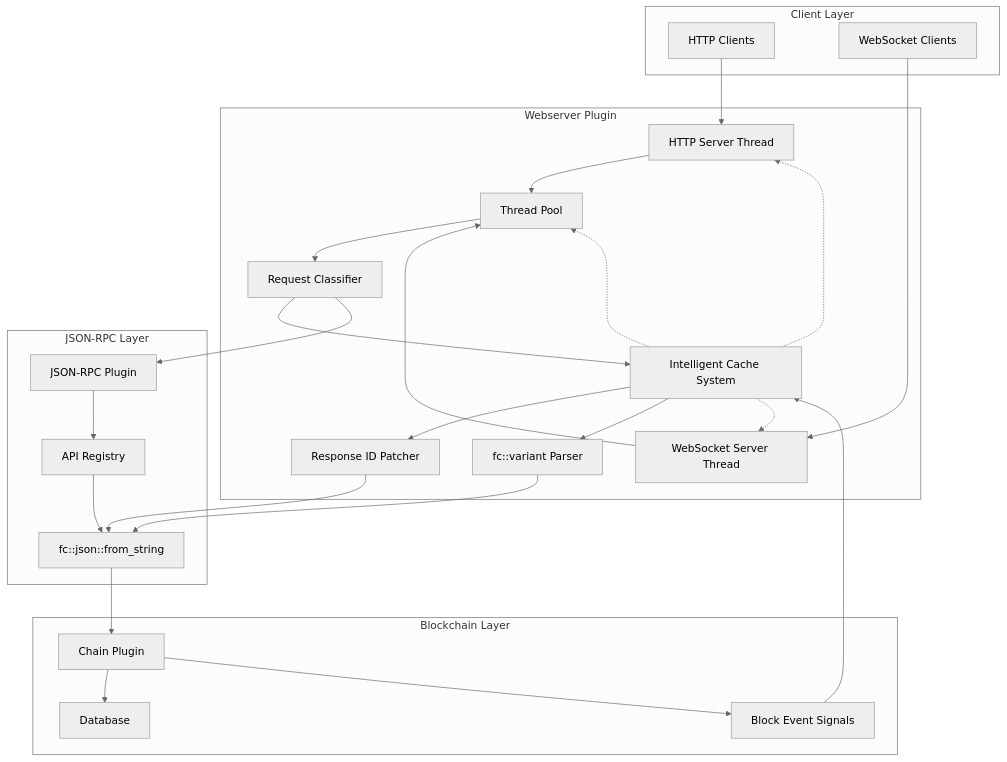
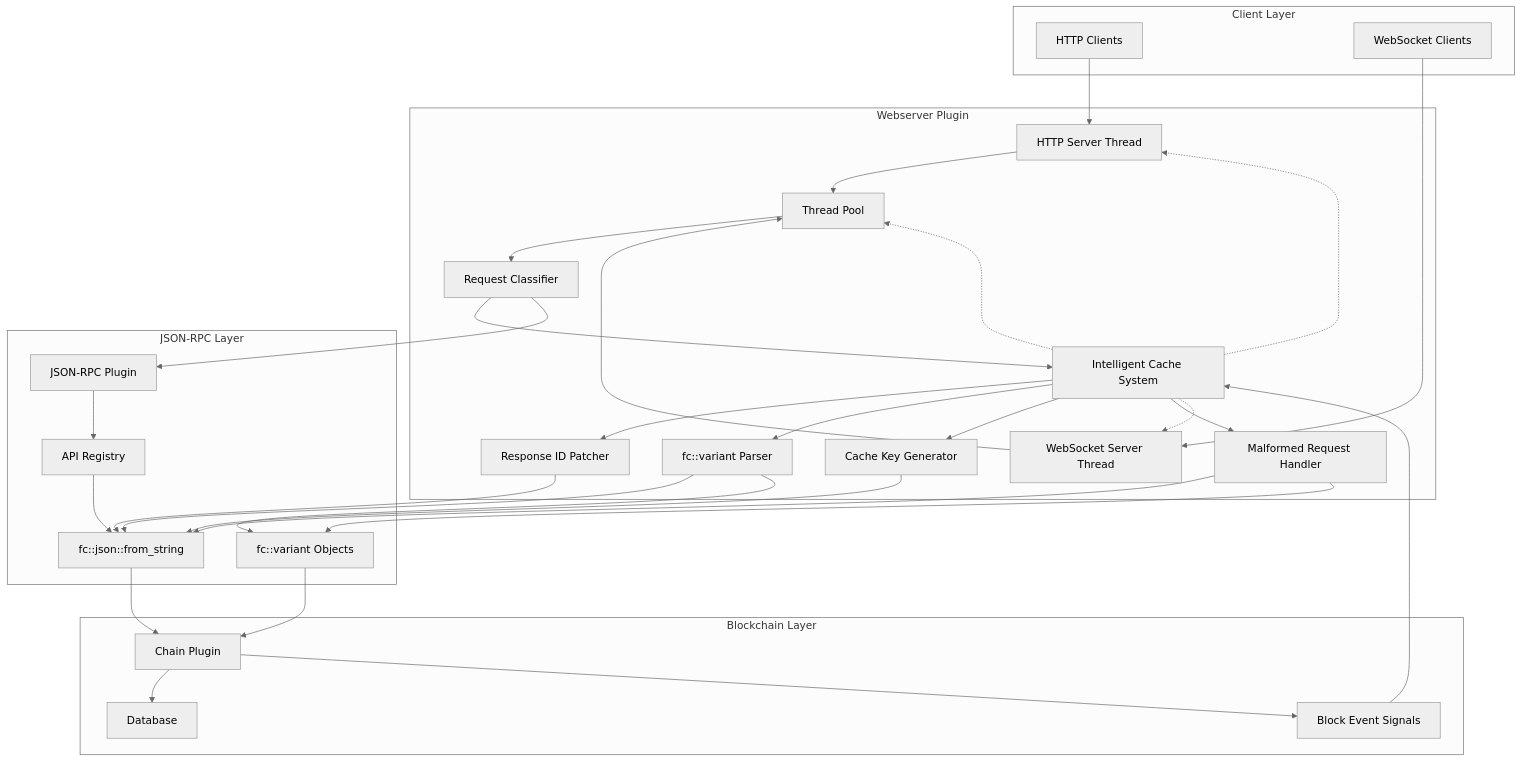
The second of 12 diagrams in .qoder/repowiki/en/content/Webserver Plugin.md (VIZ-Blockchain/viz-cpp-node), drawn with Mermaid (neutral theme) before and after one commit. The commit also changed other lines of this file and 3 other files, not shown here.

First line of the commit message:
feat(webserver): improve JSON-RPC caching with fc::variant-based parsing

````diff
--- a/.qoder/repowiki/en/content/Webserver Plugin.md
+++ b/.qoder/repowiki/en/content/Webserver Plugin.md
@@ -97,46 +100,56 @@
 ```mermaid
 graph TB
 subgraph "Client Layer"
 A[HTTP Clients]
 B[WebSocket Clients]
 end
 subgraph "Webserver Plugin"
 C[HTTP Server Thread]
 D[WebSocket Server Thread]
 E[Thread Pool]
 F[Intelligent Cache System]
 G[Request Classifier]
 H[fc::variant Parser]
 I[Response ID Patcher]
+J[Cache Key Generator]
+K[Malformed Request Handler]
 end
 subgraph "JSON-RPC Layer"
-J[JSON-RPC Plugin]
-K[API Registry]
-L[fc::json::from_string]
+L[JSON-RPC Plugin]
+M[API Registry]
+N[fc::json::from_string]
+O[fc::variant Objects]
 end
 subgraph "Blockchain Layer"
-M[Chain Plugin]
-N[Database]
-O[Block Event Signals]
+P[Chain Plugin]
+Q[Database]
+R[Block Event Signals]
 end
 A --> C
 B --> D
 C --> E
 D --> E
 E --> G
 G --> F
 F --> I
 F --> H
-H --> L
-I --> L
+F --> J
+F --> K
+H --> N
+H --> O
+I --> N
+J --> N
+K --> N
+K --> O
 F -.-> C
 F -.-> D
 F -.-> E
-G --> J
-J --> K
-K --> L
+G --> L
 L --> M
 M --> N
-M --> O
-O --> F
+N --> P
+O --> P
+P --> Q
+P --> R
+R --> F
 ```
````
